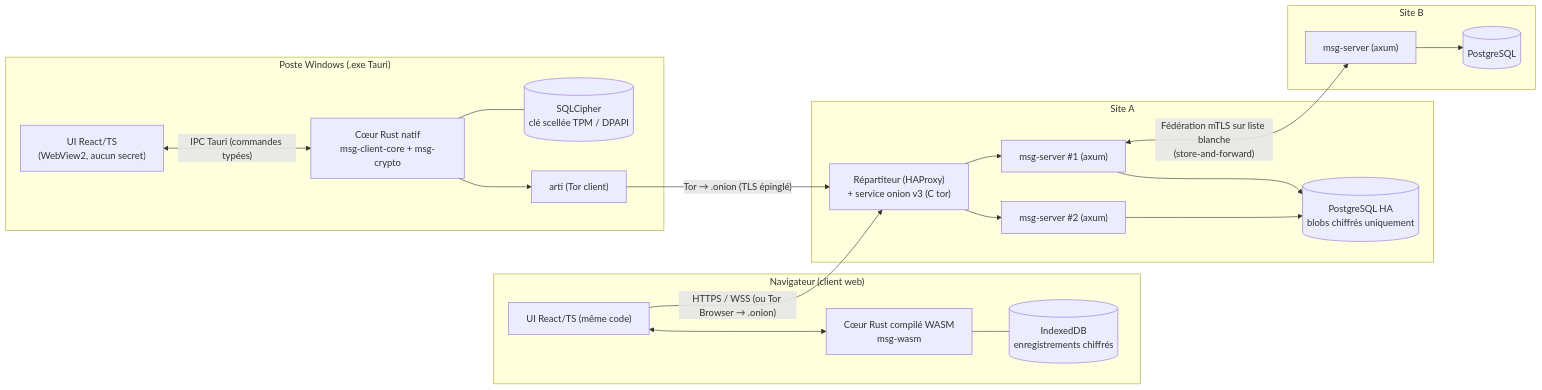
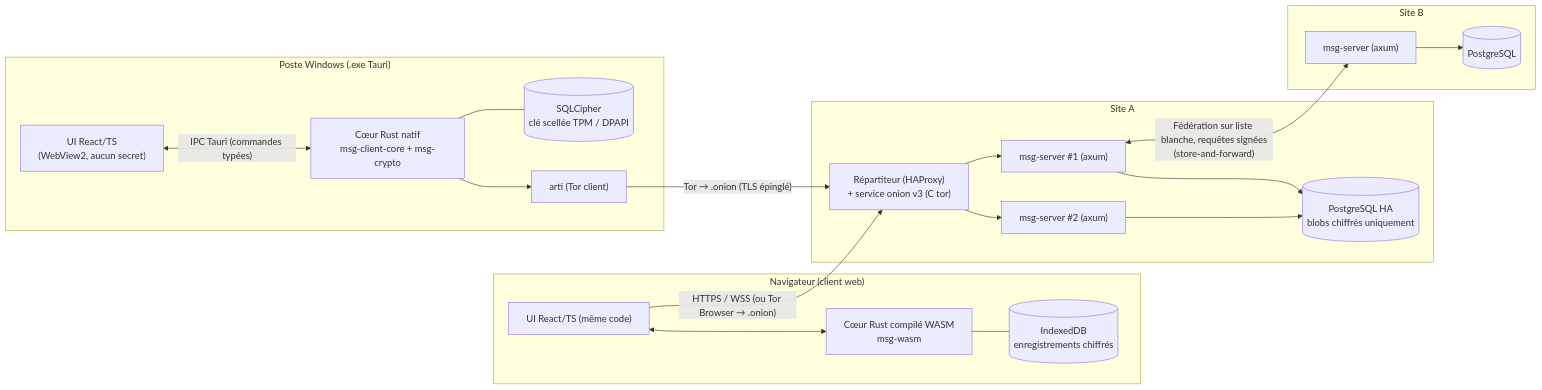
The diagram in docs/conception/01-architecture.md (N4ole/messagerie), drawn with Mermaid before and after one commit. The commit also changed 13 other files, not shown here.

````diff
--- a/docs/conception/01-architecture.md
+++ b/docs/conception/01-architecture.md
@@ -8,39 +8,39 @@
 ```mermaid
 flowchart LR
   subgraph Poste_Windows["Poste Windows (.exe Tauri)"]
     UI1["UI React/TS<br/>(WebView2, aucun secret)"]
     CORE1["Cœur Rust natif<br/>msg-client-core + msg-crypto"]
     DB1[("SQLCipher<br/>clé scellée TPM / DPAPI")]
     ARTI["arti (Tor client)"]
     UI1 <-- "IPC Tauri (commandes typées)" --> CORE1
     CORE1 --- DB1
     CORE1 --> ARTI
   end
 
   subgraph Navigateur["Navigateur (client web)"]
     UI2["UI React/TS (même code)"]
     WASM["Cœur Rust compilé WASM<br/>msg-wasm"]
     IDB[("IndexedDB<br/>enregistrements chiffrés")]
     UI2 <--> WASM
     WASM --- IDB
   end
 
   subgraph Site_A["Site A"]
     LB_A["Répartiteur (HAProxy)<br/>+ service onion v3 (C tor)"]
     S_A1["msg-server #1 (axum)"]
     S_A2["msg-server #2 (axum)"]
     PG_A[("PostgreSQL HA<br/>blobs chiffrés uniquement")]
     LB_A --> S_A1 & S_A2
     S_A1 & S_A2 --> PG_A
   end
 
   subgraph Site_B["Site B"]
     S_B["msg-server (axum)"]
     PG_B[("PostgreSQL")]
     S_B --> PG_B
   end
 
   ARTI -- "Tor → .onion (TLS épinglé)" --> LB_A
   UI2 -- "HTTPS / WSS (ou Tor Browser → .onion)" --> LB_A
-  S_A1 <-- "Fédération mTLS sur liste blanche<br/>(store-and-forward)" --> S_B
+  S_A1 <-- "Fédération sur liste blanche, requêtes signées<br/>(store-and-forward)" --> S_B
 ```
````
